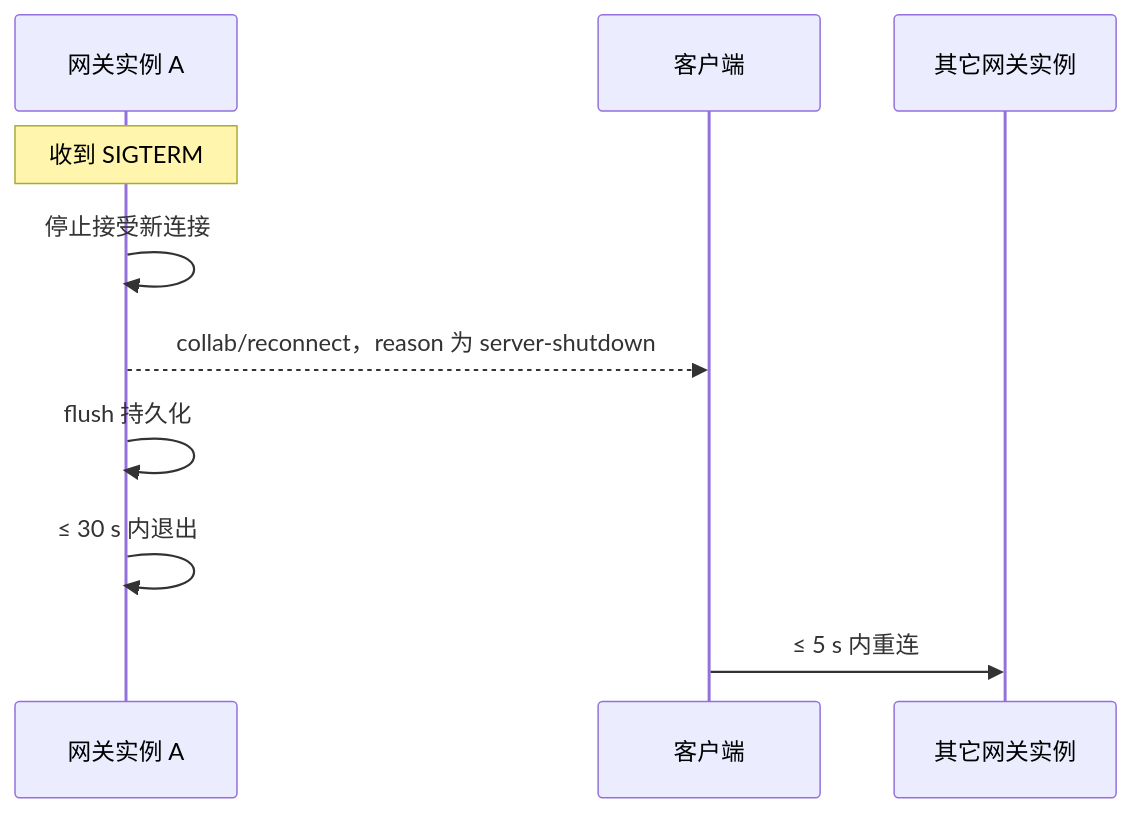
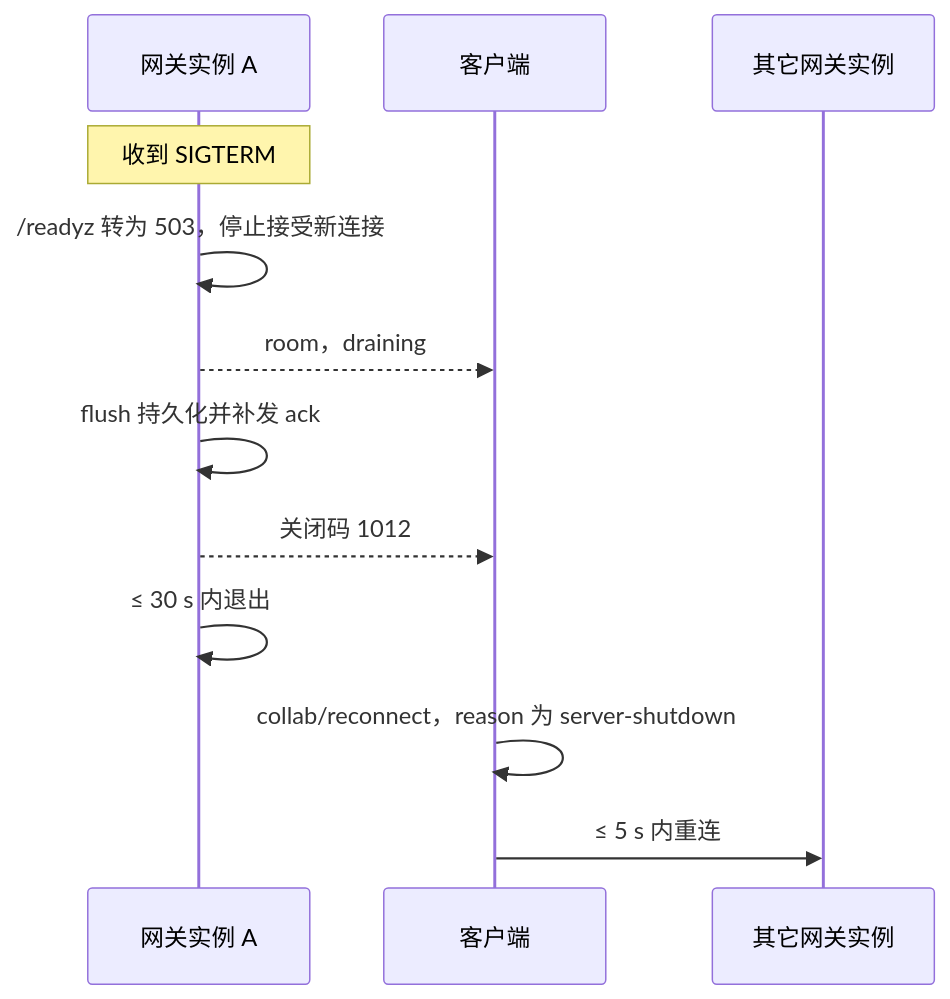
Before and after one commit to Xeonice/cordis-ppt-editor: the ninth of 14 diagrams in docs/10-prd/03-features/06-server-and-ops.md, drawn with Mermaid. The commit also changed other lines of this file and 19 other files, not shown here.

````diff
--- a/docs/10-prd/03-features/06-server-and-ops.md
+++ b/docs/10-prd/03-features/06-server-and-ops.md
@@ -330,12 +335,14 @@
 ```mermaid
 sequenceDiagram
   participant inst as 网关实例 A
   participant client as 客户端
   participant other as 其它网关实例
   Note over inst: 收到 SIGTERM
-  inst->>inst: 停止接受新连接
-  inst-->>client: collab/reconnect，reason 为 server-shutdown
-  inst->>inst: flush 持久化
+  inst->>inst: /readyz 转为 503，停止接受新连接
+  inst-->>client: room，draining
+  inst->>inst: flush 持久化并补发 ack
+  inst-->>client: 关闭码 1012
   inst->>inst: ≤ 30 s 内退出
+  client->>client: collab/reconnect，reason 为 server-shutdown
   client->>other: ≤ 5 s 内重连
 ```
````
